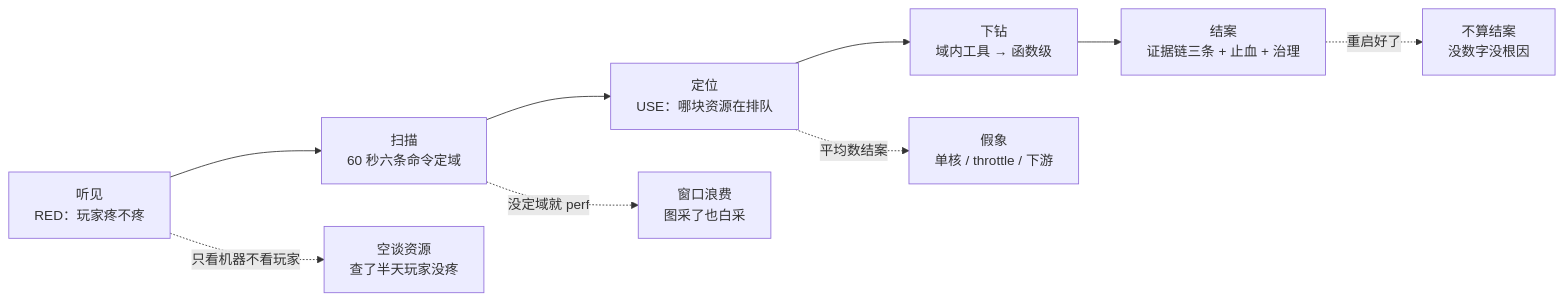
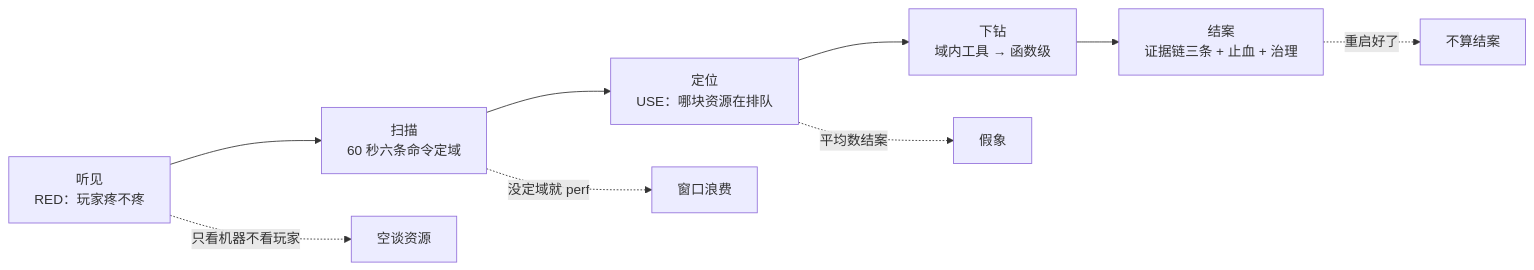
Before and after one commit to ml-cuizijun/LearnToLilith: the first of 4 diagrams in 01-基础底座/21-性能方法论-USE与RED/知识点.md, drawn with Mermaid. The commit also changed other lines of this file and 178 other files, not shown here.

````diff
--- a/01-基础底座/21-性能方法论-USE与RED/知识点.md
+++ b/01-基础底座/21-性能方法论-USE与RED/知识点.md
@@ -21,11 +15,11 @@
 ```mermaid
 flowchart LR
     ALERT["听见<br/>RED：玩家疼不疼"] --> SCAN["扫描<br/>60 秒六条命令定域"]
     SCAN --> LOCATE["定位<br/>USE：哪块资源在排队"]
     LOCATE --> DRILL["下钻<br/>域内工具 → 函数级"]
     DRILL --> CLOSE["结案<br/>证据链三条 + 止血 + 治理"]
-    ALERT -.->|只看机器不看玩家| X1["空谈资源<br/>查了半天玩家没疼"]
-    SCAN -.->|没定域就 perf| X2["窗口浪费<br/>图采了也白采"]
-    LOCATE -.->|平均数结案| X3["假象<br/>单核 / throttle / 下游"]
-    CLOSE -.->|重启好了| X4["不算结案<br/>没数字没根因"]
+    ALERT -.->|只看机器不看玩家| X1["空谈资源"]
+    SCAN -.->|没定域就 perf| X2["窗口浪费"]
+    LOCATE -.->|平均数结案| X3["假象"]
+    CLOSE -.->|重启好了| X4["不算结案"]
 ```
````
